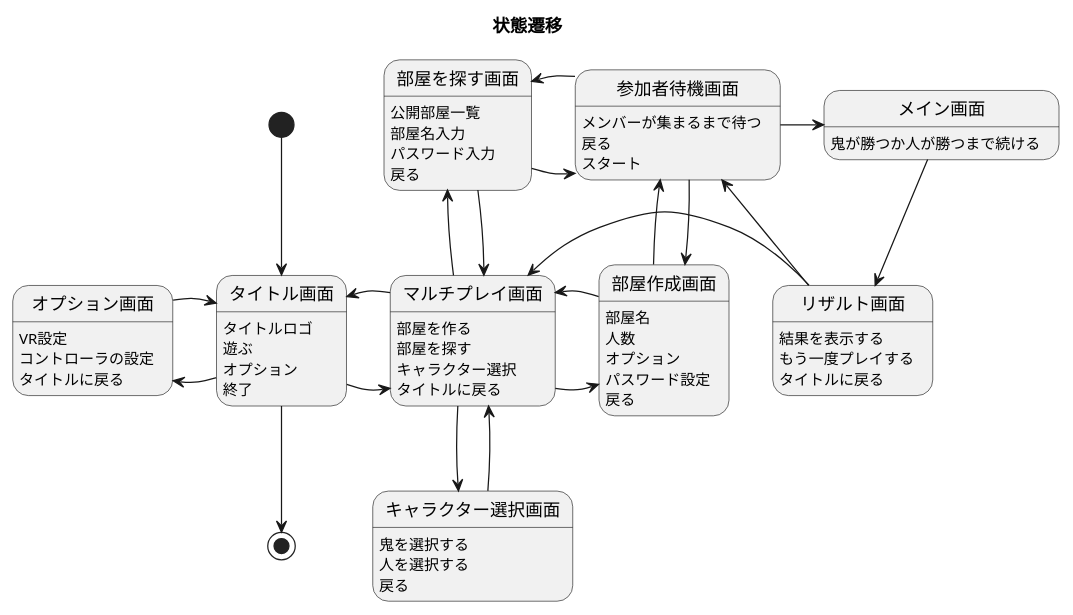
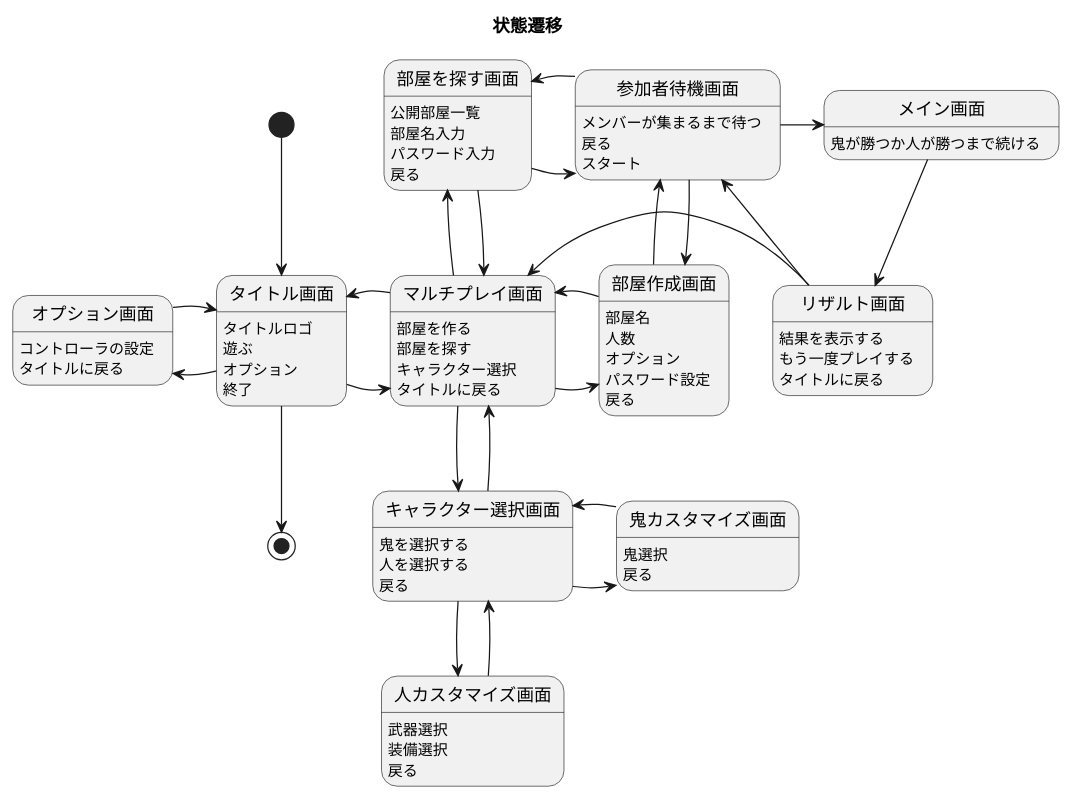
The diagram in Design/State/State.pu (ShassBeleth/Kamitsuki), drawn with PlantUML before and after one commit. The commit also changed 1 other file, not shown here.

```diff
--- a/Design/State/State.pu
+++ b/Design/State/State.pu
@@ -1,77 +1,89 @@
 @startuml
 
 title 状態遷移
 
 '画面遷移'
 [*] -down-> タイトル画面
 
 タイトル画面 -right-> マルチプレイ画面
 タイトル画面 -left-> オプション画面
 タイトル画面 -down-> [*]
 
 オプション画面 -right-> タイトル画面
 
 マルチプレイ画面 -right-> 部屋作成画面
 マルチプレイ画面 -up-> 部屋を探す画面
 マルチプレイ画面 -down-> キャラクター選択画面
 マルチプレイ画面 -left-> タイトル画面
 
 キャラクター選択画面 -up-> マルチプレイ画面
+キャラクター選択画面 -down-> 人カスタマイズ画面
+キャラクター選択画面 -right-> 鬼カスタマイズ画面
+
+人カスタマイズ画面 -up-> キャラクター選択画面
+
+鬼カスタマイズ画面 -left-> キャラクター選択画面
 
 部屋作成画面 -up-> 参加者待機画面
 部屋作成画面 -left-> マルチプレイ画面
 
 部屋を探す画面 -right-> 参加者待機画面
 部屋を探す画面 -down-> マルチプレイ画面
 
 参加者待機画面 -right-> メイン画面
 参加者待機画面 -down-> 部屋作成画面
 参加者待機画面 -left-> 部屋を探す画面
 
 メイン画面 -down-> リザルト画面
 
 リザルト画面 -up-> 参加者待機画面
 リザルト画面 -left-> マルチプレイ画面
 
 
 '各画面定義'
 タイトル画面 : タイトルロゴ
 タイトル画面 : 遊ぶ
 タイトル画面 : オプション
 タイトル画面 : 終了
 
-オプション画面 : VR設定
 オプション画面 : コントローラの設定
 オプション画面 : タイトルに戻る
 
 マルチプレイ画面 : 部屋を作る
 マルチプレイ画面 : 部屋を探す
 マルチプレイ画面 : キャラクター選択
 マルチプレイ画面 : タイトルに戻る
 
 部屋作成画面 : 部屋名
 部屋作成画面 : 人数
 部屋作成画面 : オプション
 部屋作成画面 : パスワード設定
 部屋作成画面 : 戻る
 
 部屋を探す画面 : 公開部屋一覧
 部屋を探す画面 : 部屋名入力
 部屋を探す画面 : パスワード入力
 部屋を探す画面 : 戻る
 
 キャラクター選択画面 : 鬼を選択する
 キャラクター選択画面 : 人を選択する
 キャラクター選択画面 : 戻る
 
+人カスタマイズ画面 : 武器選択
+人カスタマイズ画面 : 装備選択
+人カスタマイズ画面 : 戻る
+
+鬼カスタマイズ画面 : 鬼選択
+鬼カスタマイズ画面 : 戻る
+
 参加者待機画面 : メンバーが集まるまで待つ
 参加者待機画面 : 戻る
 参加者待機画面 : スタート
 
 メイン画面 : 鬼が勝つか人が勝つまで続ける
 
 リザルト画面 : 結果を表示する
 リザルト画面 : もう一度プレイする
 リザルト画面 : タイトルに戻る
 
 @enduml
```
